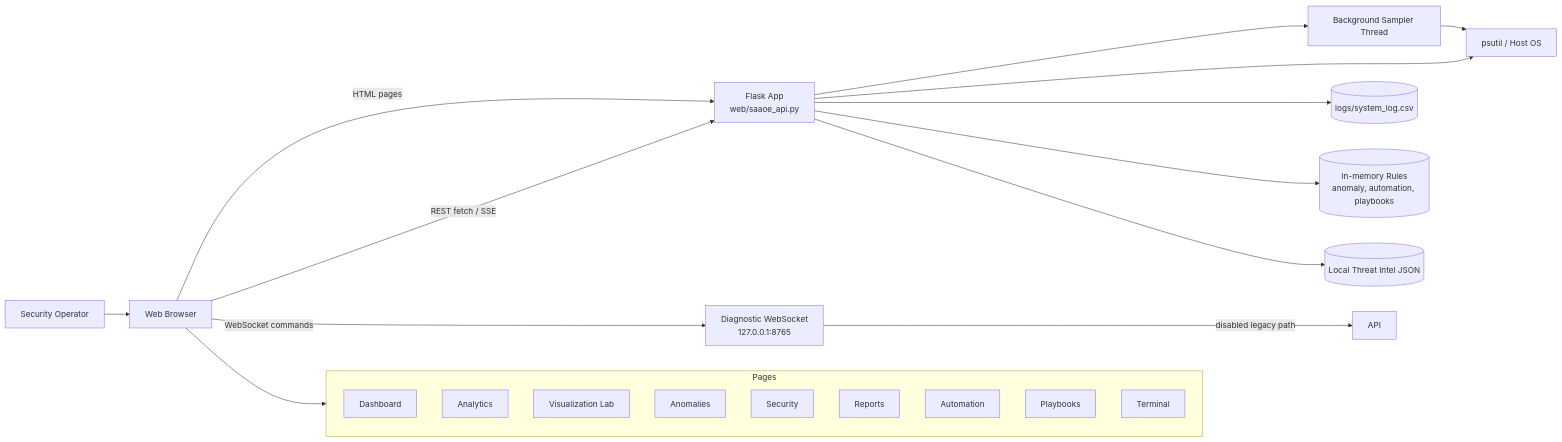
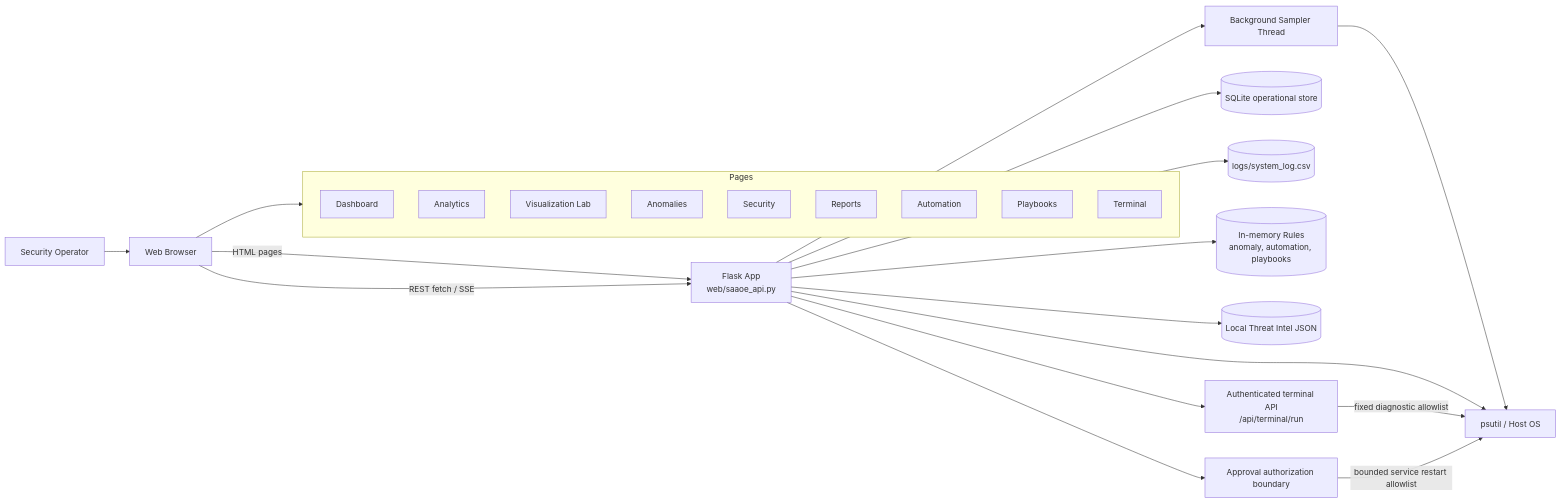
Before and after one commit to Ryner88/Sysethic: the first of 29 diagrams in docs/uml-diagrams.md, drawn with Mermaid. The commit also changed other lines of this file and 4 other files, not shown here.

````diff
--- a/docs/uml-diagrams.md
+++ b/docs/uml-diagrams.md
@@ -7,38 +7,43 @@
 ```mermaid
 flowchart LR
     Operator[Security Operator]
     Browser[Web Browser]
     Flask[Flask App<br/>web/saaoe_api.py]
     Sampler[Background Sampler Thread]
     Psutil[psutil / Host OS]
+    SQLite[(SQLite operational store)]
     Logs[(logs/system_log.csv)]
     Rules[(In-memory Rules<br/>anomaly, automation, playbooks)]
     ThreatIntel[(Local Threat Intel JSON)]
-    TerminalWS[Diagnostic WebSocket<br/>127.0.0.1:8765]
+    TerminalAPI[Authenticated terminal API<br/>/api/terminal/run]
+    ApprovalBoundary[Approval authorization boundary]
 
     Operator --> Browser
     Browser -->|HTML pages| Flask
     Browser -->|REST fetch / SSE| Flask
-    Browser -->|WebSocket commands| TerminalWS
     Flask --> Sampler
     Sampler --> Psutil
     Flask --> Psutil
+    Flask --> SQLite
     Flask --> Logs
     Flask --> Rules
     Flask --> ThreatIntel
-    TerminalWS -->|disabled legacy path| API
+    Flask --> TerminalAPI
+    Flask --> ApprovalBoundary
+    TerminalAPI -->|fixed diagnostic allowlist| Psutil
+    ApprovalBoundary -->|bounded service restart allowlist| Psutil
 
     subgraph Pages
       Dashboard[Dashboard]
       Analytics[Analytics]
       VisualizationLab[Visualization Lab]
       Anomalies[Anomalies]
       Security[Security]
       Reports[Reports]
       Automation[Automation]
       Playbooks[Playbooks]
       Terminal[Terminal]
     end
 
     Browser --> Pages
 ```
````
